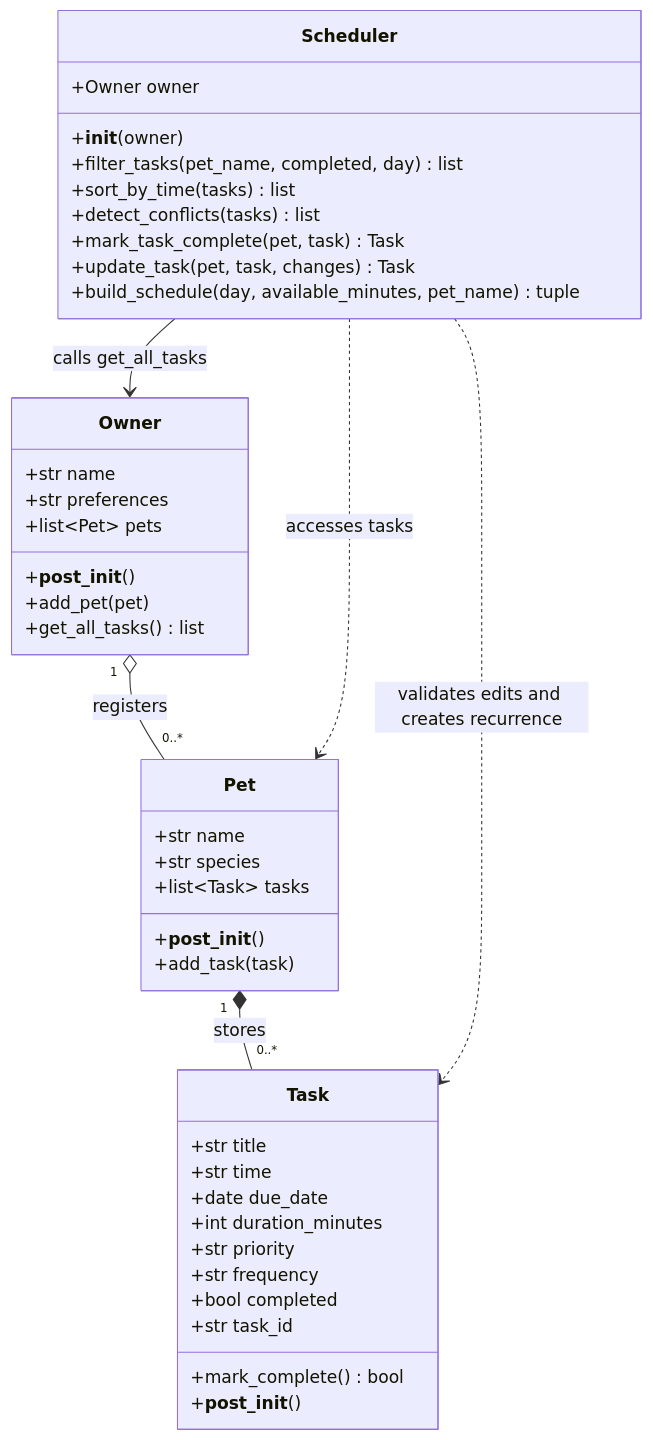
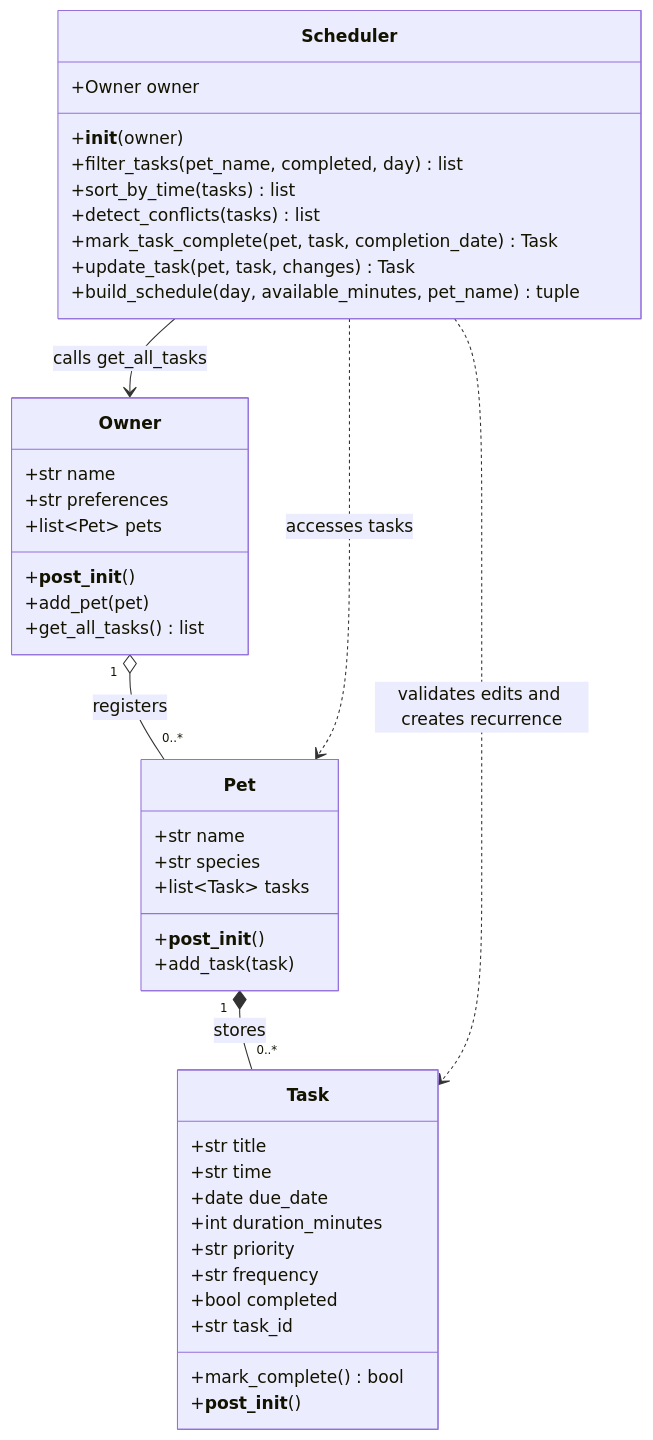
The diagram in diagrams/uml.mmd (sshah60/ai110-module2show-pawpal-starter), drawn with Mermaid before and after one commit. The commit also changed 9 other files, not shown here.

Commit message:
Match recurrence to completion date and verify screenshot requirements

```diff
--- a/diagrams/uml.mmd
+++ b/diagrams/uml.mmd
@@ -1,43 +1,43 @@
 classDiagram
     class Owner {
         +str name
         +str preferences
         +list~Pet~ pets
         +__post_init__()
         +add_pet(pet)
         +get_all_tasks() list
     }
     class Pet {
         +str name
         +str species
         +list~Task~ tasks
         +__post_init__()
         +add_task(task)
     }
     class Task {
         +str title
         +str time
         +date due_date
         +int duration_minutes
         +str priority
         +str frequency
         +bool completed
         +str task_id
         +mark_complete() bool
         +__post_init__()
     }
     class Scheduler {
         +Owner owner
         +__init__(owner)
         +filter_tasks(pet_name, completed, day) list
         +sort_by_time(tasks) list
         +detect_conflicts(tasks) list
-        +mark_task_complete(pet, task) Task
+        +mark_task_complete(pet, task, completion_date) Task
         +update_task(pet, task, changes) Task
         +build_schedule(day, available_minutes, pet_name) tuple
     }
     Owner "1" o-- "0..*" Pet : registers
     Pet "1" *-- "0..*" Task : stores
     Scheduler --> Owner : calls get_all_tasks
     Scheduler ..> Pet : accesses tasks
     Scheduler ..> Task : validates edits and creates recurrence
```
